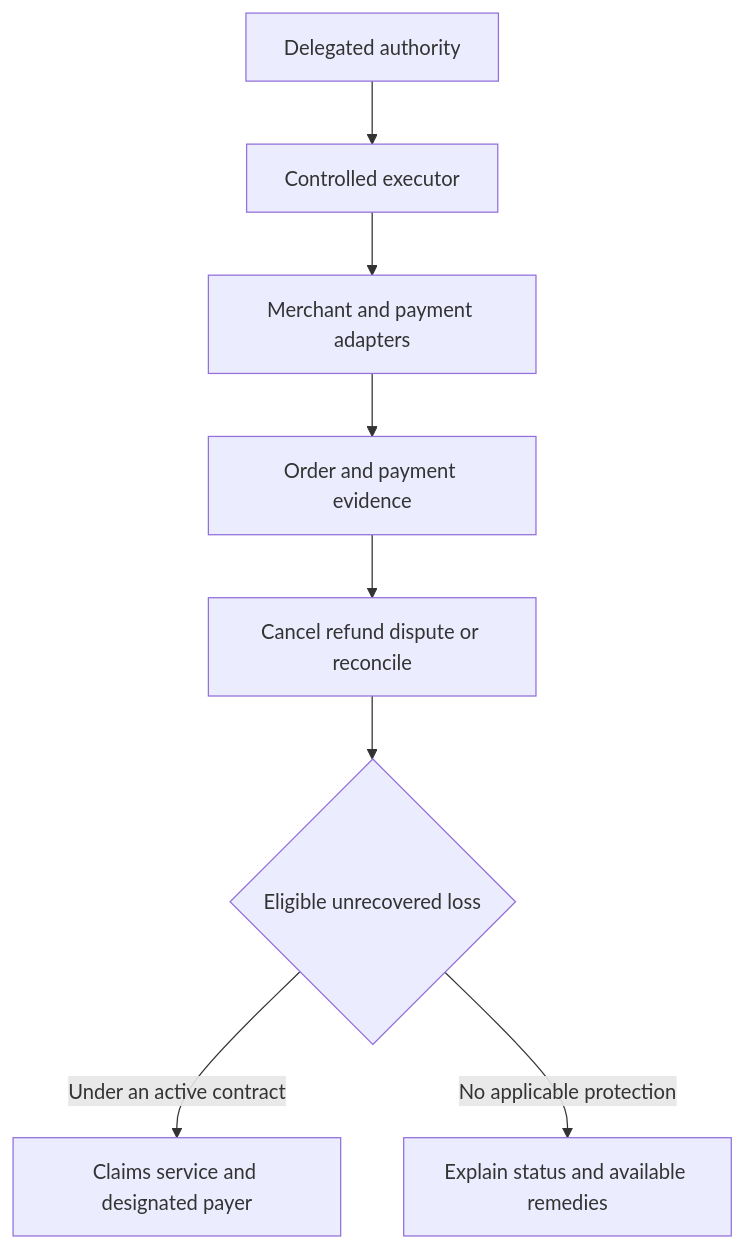
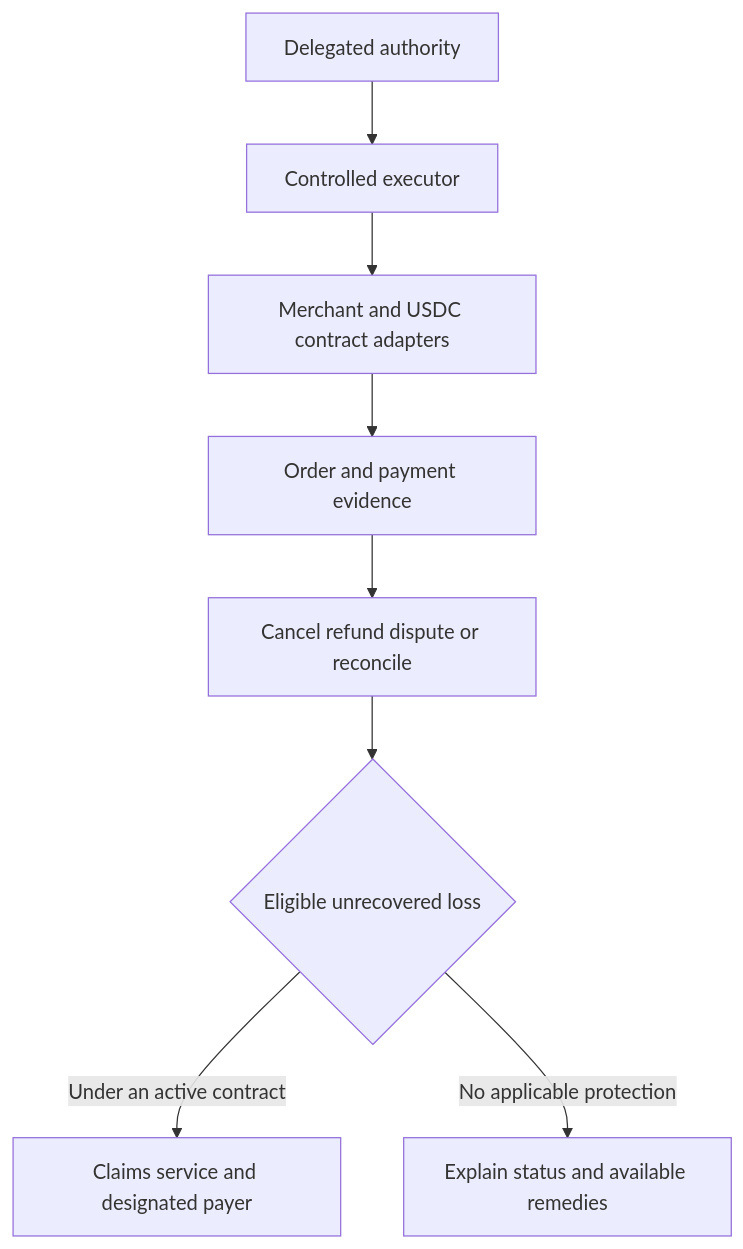
One commit to Frank-7/Belay changed the diagram in docs/RECOVERY_AND_GUARANTEE_DECISION.md. Above: the diagram before and after it, drawn with Mermaid. The commit also changed other lines of this file and 11 other files, not shown here.

Commit message:
Adopt USDC settlement architecture with bounded contract escrow

````diff
--- a/docs/RECOVERY_AND_GUARANTEE_DECISION.md
+++ b/docs/RECOVERY_AND_GUARANTEE_DECISION.md
@@ -84,10 +89,10 @@
 ```mermaid
 flowchart TD
     A[Delegated authority] --> E[Controlled executor]
-    E --> M[Merchant and payment adapters]
+    E --> M[Merchant and USDC contract adapters]
     M --> R[Order and payment evidence]
     R --> C[Cancel refund dispute or reconcile]
     C --> D{Eligible unrecovered loss}
     D -->|Under an active contract| G[Claims service and designated payer]
     D -->|No applicable protection| X[Explain status and available remedies]
 ```
````
